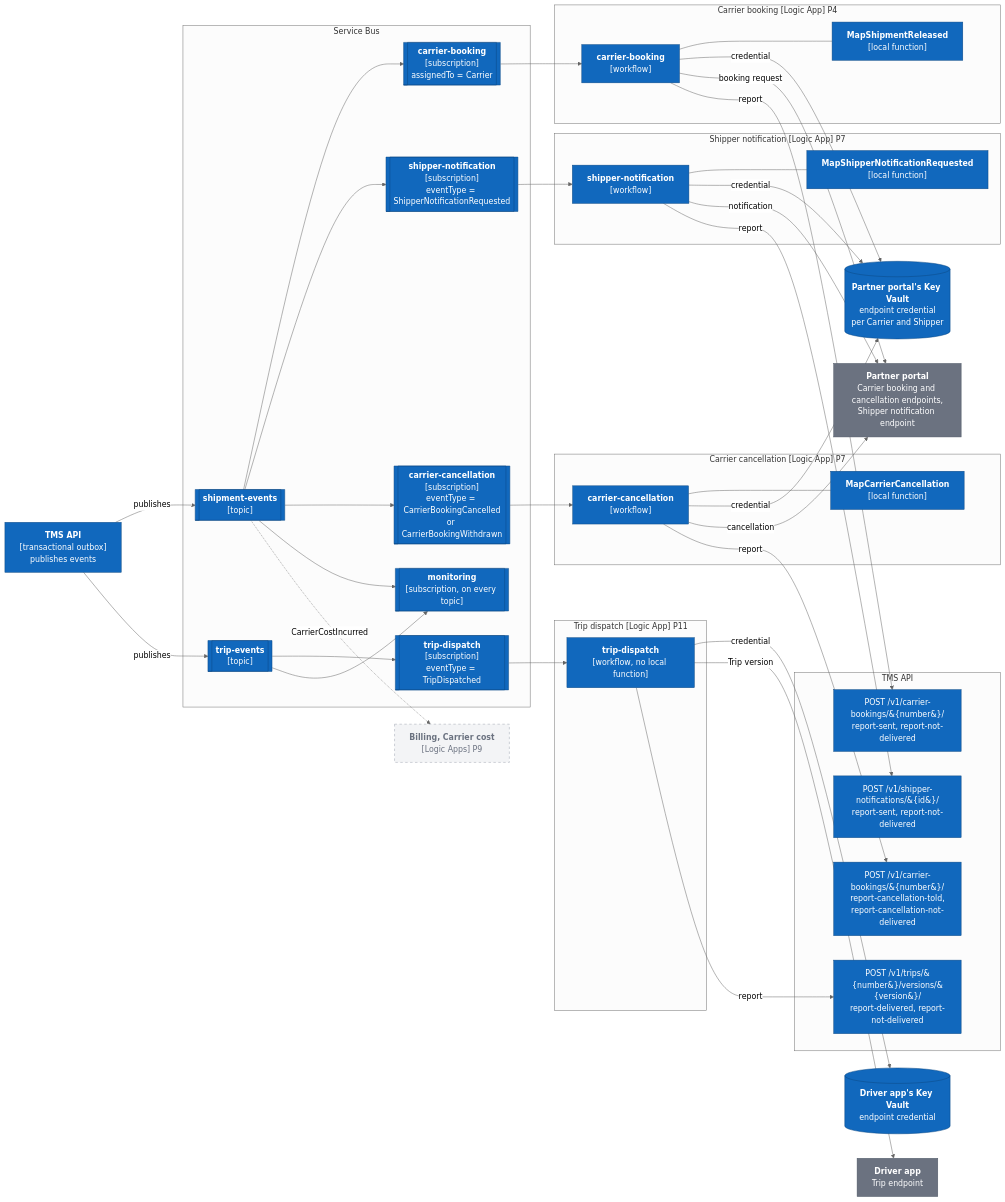
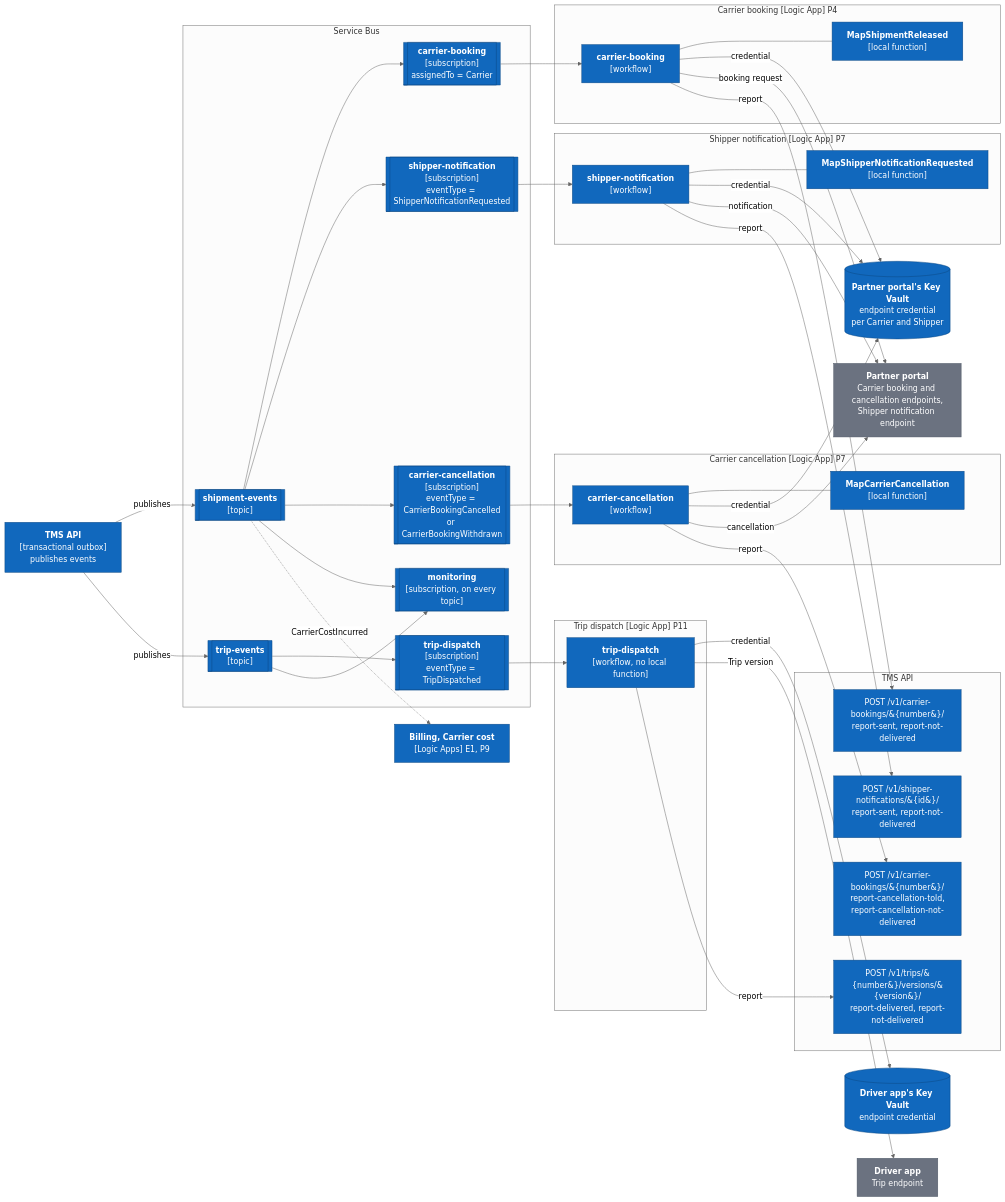
One commit to congruent-it/norvia-sandbox changed the sixth of 6 diagrams in docs/architecture/c4.md. Above: the diagram before and after it, drawn with Mermaid (neutral theme). The commit also changed other lines of this file and 49 other files, not shown here.

First line of the commit message:
Carrier cost Logic App records CarrierCostIncurred with the ERP (#613)

````diff
--- a/docs/architecture/c4.md
+++ b/docs/architecture/c4.md
@@ -346,82 +346,82 @@
 ```mermaid
 flowchart LR
     tmsEvents["<b>TMS API</b><br/>[transactional outbox]<br/>publishes events"]:::system
 
     subgraph topics["Service Bus"]
         sh[["<b>shipment-events</b><br/>[topic]"]]:::system
         subBooking[["<b>carrier-booking</b><br/>[subscription]<br/>assignedTo = Carrier"]]:::system
         subNotify[["<b>shipper-notification</b><br/>[subscription]<br/>eventType = ShipperNotificationRequested"]]:::system
         subCancel[["<b>carrier-cancellation</b><br/>[subscription]<br/>eventType = CarrierBookingCancelled<br/>or CarrierBookingWithdrawn"]]:::system
         subMon[["<b>monitoring</b><br/>[subscription, on every topic]"]]:::system
         trip[["<b>trip-events</b><br/>[topic]"]]:::system
         subTrip[["<b>trip-dispatch</b><br/>[subscription]<br/>eventType = TripDispatched"]]:::system
     end
 
     subgraph booking["Carrier booking [Logic App] P4"]
         bookingLa["<b>carrier-booking</b><br/>[workflow]"]:::system
         bookingFn["<b>MapShipmentReleased</b><br/>[local function]"]:::system
     end
     subgraph notify["Shipper notification [Logic App] P7"]
         notifyLa["<b>shipper-notification</b><br/>[workflow]"]:::system
         notifyFn["<b>MapShipperNotificationRequested</b><br/>[local function]"]:::system
     end
     subgraph cancel["Carrier cancellation [Logic App] P7"]
         cancelLa["<b>carrier-cancellation</b><br/>[workflow]"]:::system
         cancelFn["<b>MapCarrierCancellation</b><br/>[local function]"]:::system
     end
 
     subgraph tripDispatch["Trip dispatch [Logic App] P11"]
         tripLa["<b>trip-dispatch</b><br/>[workflow, no local function]"]:::system
     end
     driverKv[("<b>Driver app's Key Vault</b><br/>endpoint credential")]:::system
     driverApi["<b>Driver app</b><br/>Trip endpoint"]:::external
 
     kv[("<b>Partner portal's Key Vault</b><br/>endpoint credential<br/>per Carrier and Shipper")]:::system
     portal["<b>Partner portal</b><br/>Carrier booking and cancellation endpoints,<br/>Shipper notification endpoint"]:::external
 
     subgraph tms["TMS API"]
         tBooking["POST /v1/carrier-bookings/&#123;number&#125;/<br/>report-sent, report-not-delivered"]:::system
         tCancel["POST /v1/carrier-bookings/&#123;number&#125;/<br/>report-cancellation-told,<br/>report-cancellation-not-delivered"]:::system
         tTrip["POST /v1/trips/&#123;number&#125;/versions/&#123;version&#125;/<br/>report-delivered, report-not-delivered"]:::system
         tNotify["POST /v1/shipper-notifications/&#123;id&#125;/<br/>report-sent, report-not-delivered"]:::system
     end
 
-    billing["<b>Billing, Carrier cost</b><br/>[Logic Apps] P9"]:::planned
+    billing["<b>Billing, Carrier cost</b><br/>[Logic Apps] E1, P9"]:::system
 
     tmsEvents -- "publishes" --> sh
     sh --> subBooking
     sh --> subNotify
     sh --> subCancel
     sh --> subMon
     subBooking --> bookingLa
     subNotify --> notifyLa
     subCancel --> cancelLa
     bookingLa --- bookingFn
     notifyLa --- notifyFn
     cancelLa --- cancelFn
 
     bookingLa -- "credential" --> kv
     notifyLa -- "credential" --> kv
     cancelLa -- "credential" --> kv
     bookingLa -- "booking request" --> portal
     notifyLa -- "notification" --> portal
     cancelLa -- "cancellation" --> portal
 
     bookingLa -- "report" --> tBooking
     cancelLa -- "report" --> tCancel
     notifyLa -- "report" --> tNotify
 
     tmsEvents -- "publishes" --> trip
     trip --> subTrip
     trip --> subMon
     subTrip --> tripLa
     tripLa -- "credential" --> driverKv
     tripLa -- "Trip version" --> driverApi
     tripLa -- "report" --> tTrip
 
     sh -. "CarrierCostIncurred" .-> billing
 
     classDef system fill:#1168bd,stroke:#0b4884,color:#fff
     classDef external fill:#6b7280,stroke:#4b5563,color:#fff
     classDef planned fill:#f3f4f6,stroke:#9ca3af,color:#6b7280,stroke-dasharray:5 5
 ```
````
